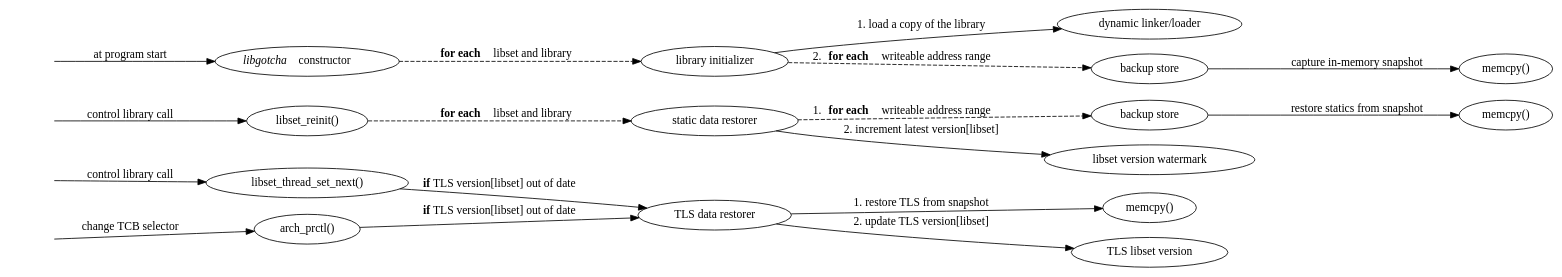
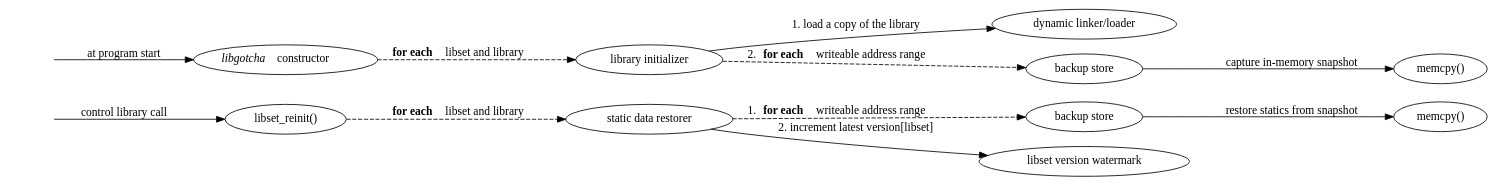
Before and after one commit to solb/thesis: the diagram in figs/reinit.dot, drawn with Graphviz. The commit also changed 3 other files, not shown here.

Commit message:
Split reinitialization diagram into two so we can talk about TLS separately at the chapter's end

```diff
--- a/figs/reinit.dot
+++ b/figs/reinit.dot
@@ -1,56 +1,38 @@
 strict digraph {
 	rankdir=LR;
 	node [label=""];
 
 	start [shape=none];
 	renew [shape=none];
-	next [shape=none];
-	install [shape=none];
 
 	{
 		rank=same;
 		edge [style=invisible, arrowhead=none];
 
 		start -> renew;
-		renew -> next;
-		next -> install;
 	}
 
 	ctor [label=<<i>libgotcha</i> constructor>];
 	copy [label="library initializer"];
 	rtld [label="dynamic linker/loader"];
 	back [label="backup store"];
 	mcpy [label="memcpy()"];
 
 	start -> ctor [label="at program start"];
 	ctor -> copy [style=dashed, label=<<b>for each</b> libset and library>];
 	copy -> rtld [label="1. load a copy of the library"];
 	copy -> back [style=dashed, label=<2. <b>for each</b> writeable address range>];
 	back -> mcpy [label="capture in-memory snapshot"];
 
 	reinit [label="libset_reinit()"];
 	restore [label="static data restorer"];
 	back2 [label="backup store"];
 	water [label="libset version watermark"]
 	mcpy2 [label="memcpy()"];
 
 	renew -> reinit [label="control library call"];
 	reinit -> restore [style=dashed, label=<<b>for each</b> libset and library>];
 	restore -> back2 [style=dashed, label=<1. <b>for each</b> writeable address range>];
 	restore -> water [label="2. increment latest version[libset]"];
 	back2 -> mcpy2 [label="restore statics from snapshot"];
-
-	set [label="libset_thread_set_next()"];
-	segment [label="arch_prctl()"];
-	restore2 [label="TLS data restorer"];
-	mcpy3 [label="memcpy()"];
-	version [label="TLS libset version"];
-
-	next -> set [label="control library call"];
-	install -> segment [label="change TCB selector"];
-
-	set->restore2 [label=<<b>if</b> TLS version[libset] out of date>];
-	segment->restore2 [label=<<b>if</b> TLS version[libset] out of date>];
-	restore2 -> mcpy3 [label="1. restore TLS from snapshot"];
-	restore2 -> version [label="2. update TLS version[libset]"];
 }
```
